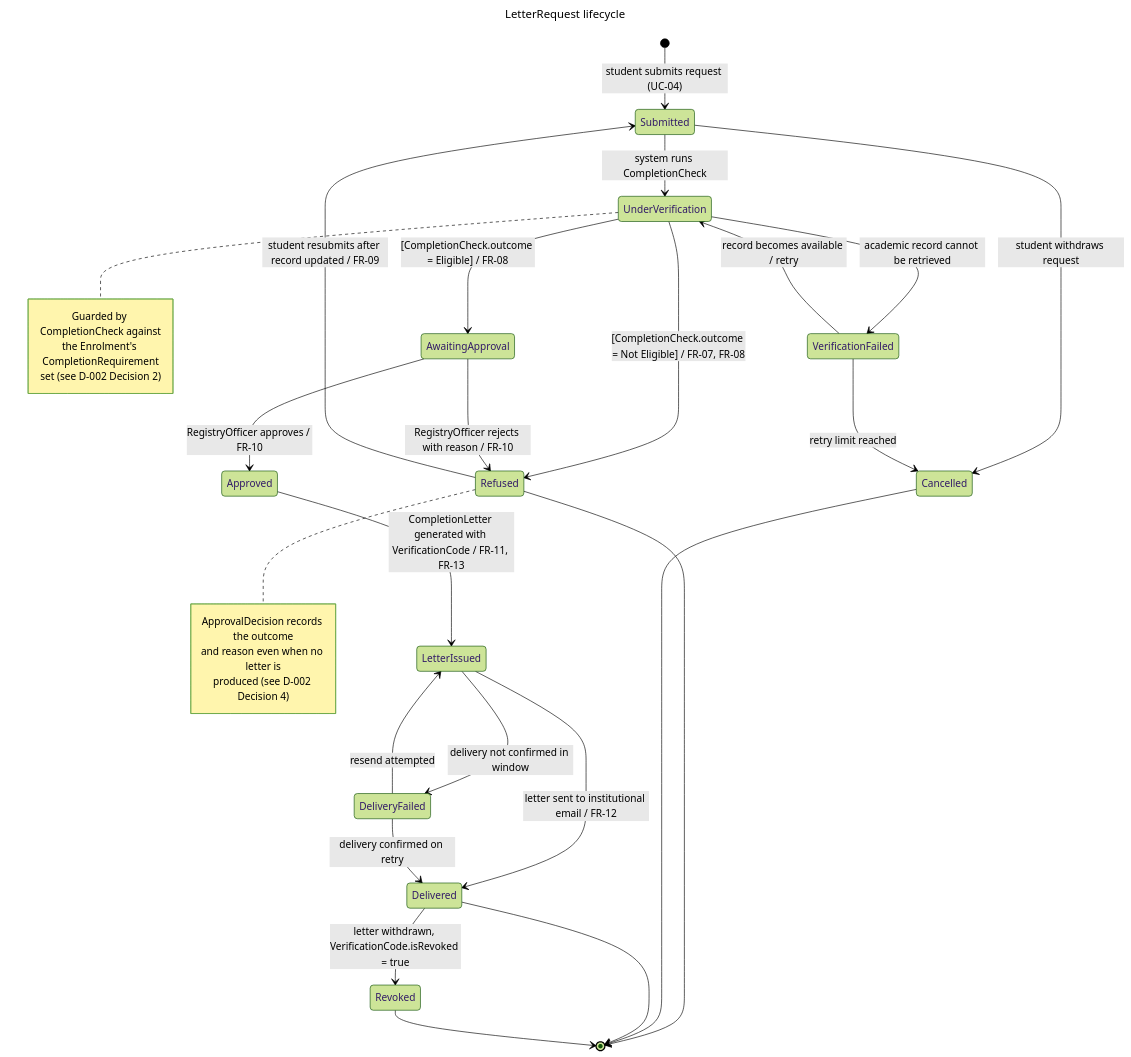
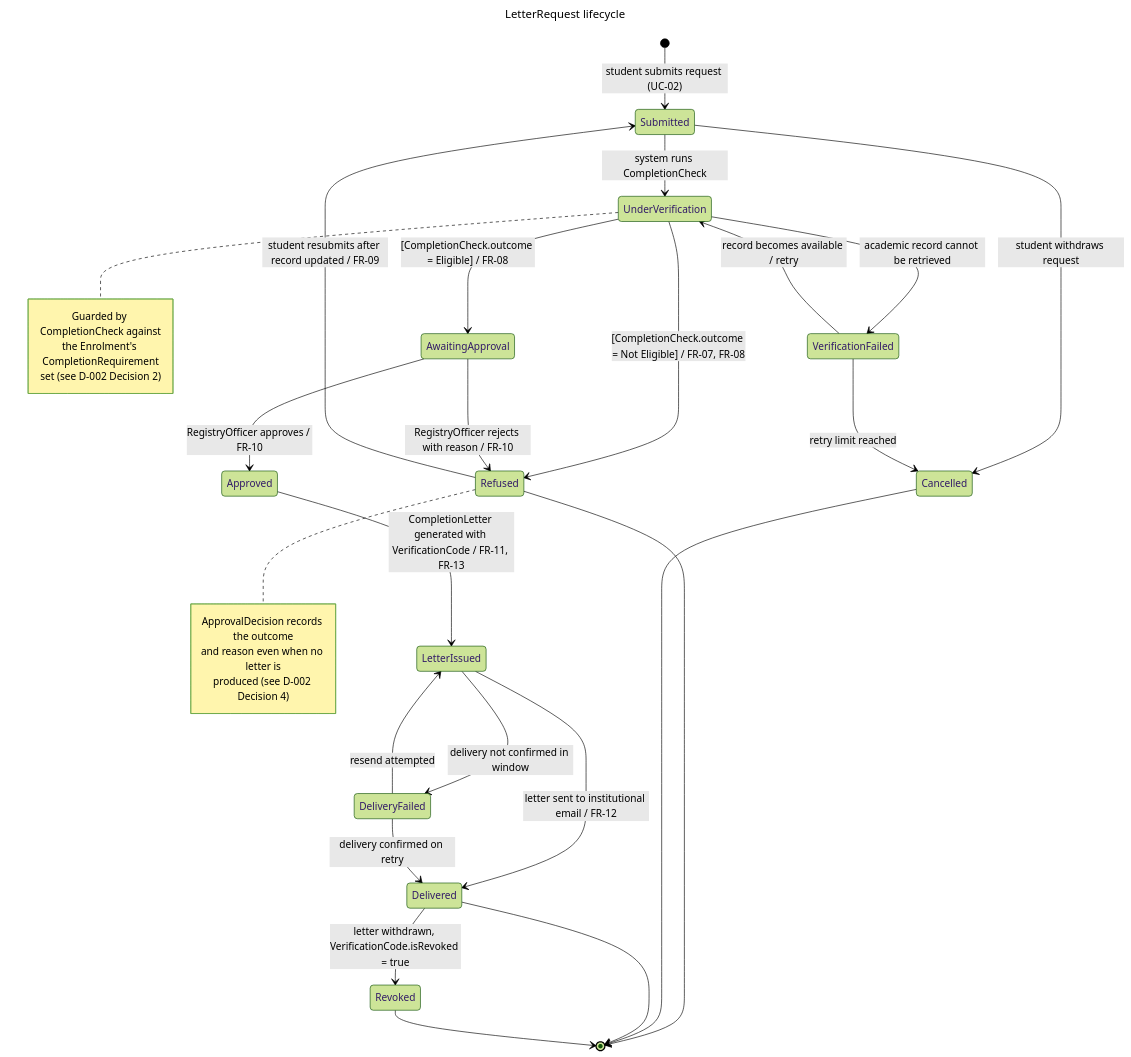
One commit to pako-18/csi473-univeristy-service-hub changed the diagram in models/lifecycle-letter-request.mmd. Above: the diagram before and after it, drawn with Mermaid (forest theme). The commit also changed 5 other files, not shown here.

```diff
--- a/models/lifecycle-letter-request.mmd
+++ b/models/lifecycle-letter-request.mmd
@@ -1,46 +1,46 @@
 ---
 title: LetterRequest lifecycle
 ---
 stateDiagram-v2
-    [*] --> Submitted : student submits request (UC-04)
+    [*] --> Submitted : student submits request (UC-02)
 
     Submitted --> UnderVerification : system runs CompletionCheck
     Submitted --> Cancelled : student withdraws request
 
     UnderVerification --> AwaitingApproval : [CompletionCheck.outcome = Eligible] / FR-08
     UnderVerification --> Refused : [CompletionCheck.outcome = Not Eligible] / FR-07, FR-08
     UnderVerification --> VerificationFailed : academic record cannot be retrieved
 
     VerificationFailed --> UnderVerification : record becomes available / retry
     VerificationFailed --> Cancelled : retry limit reached
 
     AwaitingApproval --> Approved : RegistryOfficer approves / FR-10
     AwaitingApproval --> Refused : RegistryOfficer rejects with reason / FR-10
 
     Approved --> LetterIssued : CompletionLetter generated with VerificationCode / FR-11, FR-13
 
     LetterIssued --> Delivered : letter sent to institutional email / FR-12
     LetterIssued --> DeliveryFailed : delivery not confirmed in window
 
     DeliveryFailed --> LetterIssued : resend attempted
     DeliveryFailed --> Delivered : delivery confirmed on retry
 
     Delivered --> Revoked : letter withdrawn, VerificationCode.isRevoked = true
 
     Refused --> Submitted : student resubmits after record updated / FR-09
     Refused --> [*]
     Cancelled --> [*]
     Delivered --> [*]
     Revoked --> [*]
 
     note right of UnderVerification
         Guarded by CompletionCheck against
         the Enrolment's CompletionRequirement
         set (see D-002 Decision 2)
     end note
 
     note right of Refused
         ApprovalDecision records the outcome
         and reason even when no letter is
         produced (see D-002 Decision 4)
     end note
```
